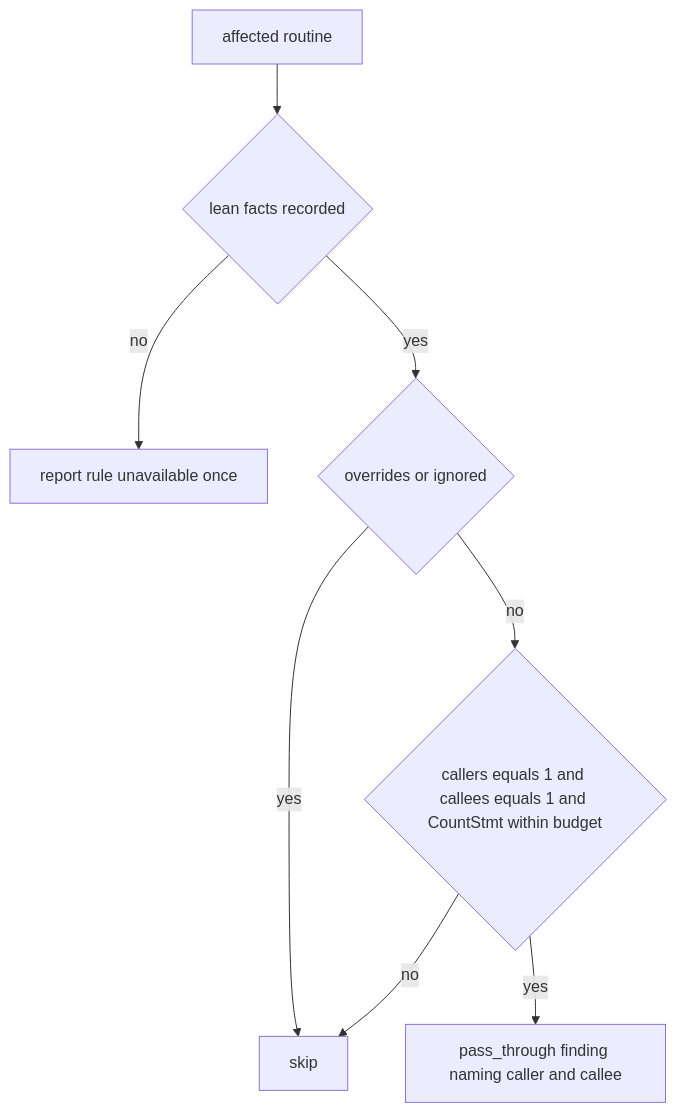
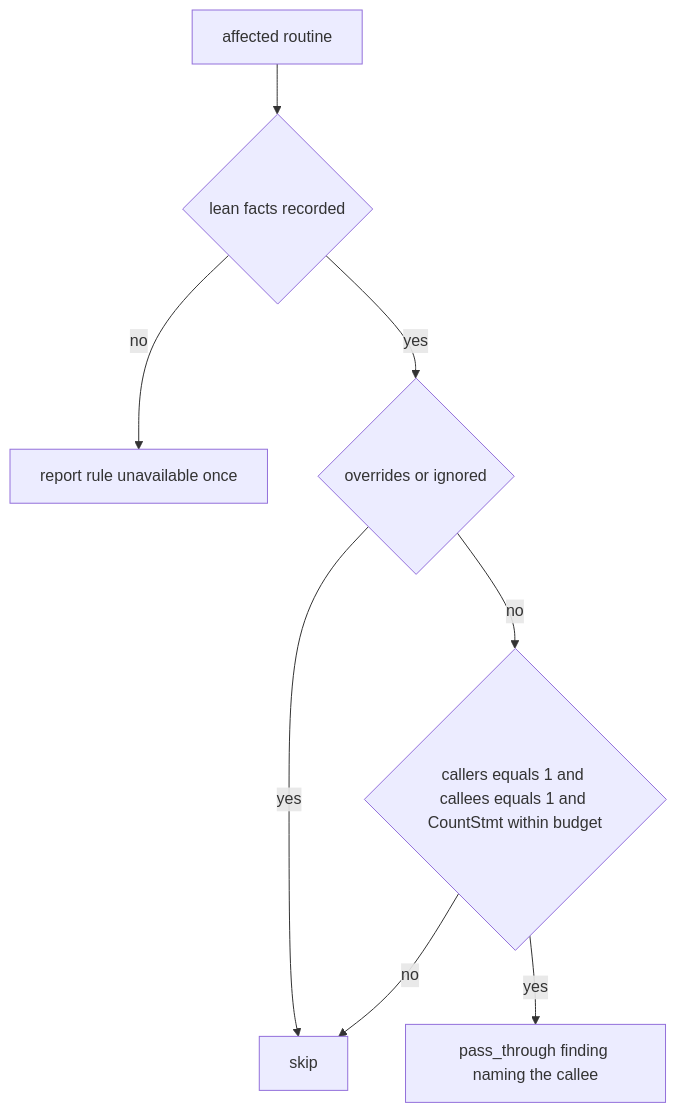
Before and after one commit to norandom/scitools-hook: the third of 3 diagrams in .kiro/specs/lean-code-rules/design.md, drawn with Mermaid. The commit also changed other lines of this file and 7 other files, not shown here.

````diff
--- a/.kiro/specs/lean-code-rules/design.md
+++ b/.kiro/specs/lean-code-rules/design.md
@@ -246,10 +246,10 @@
 ```mermaid
 flowchart TD
     A[affected routine] --> B{lean facts recorded}
     B -- no --> U[report rule unavailable once]
     B -- yes --> C{overrides or ignored}
     C -- yes --> S[skip]
     C -- no --> D{callers equals 1 and callees equals 1 and CountStmt within budget}
-    D -- yes --> F[pass_through finding naming caller and callee]
+    D -- yes --> F[pass_through finding naming the callee]
     D -- no --> S
 ```
````
